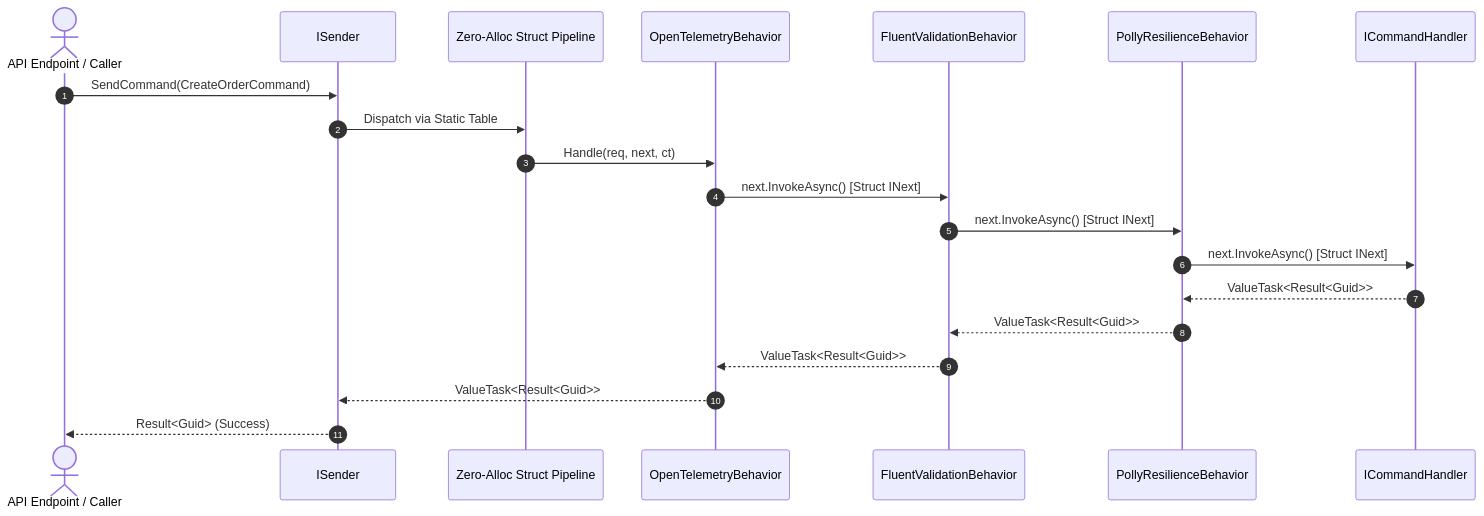
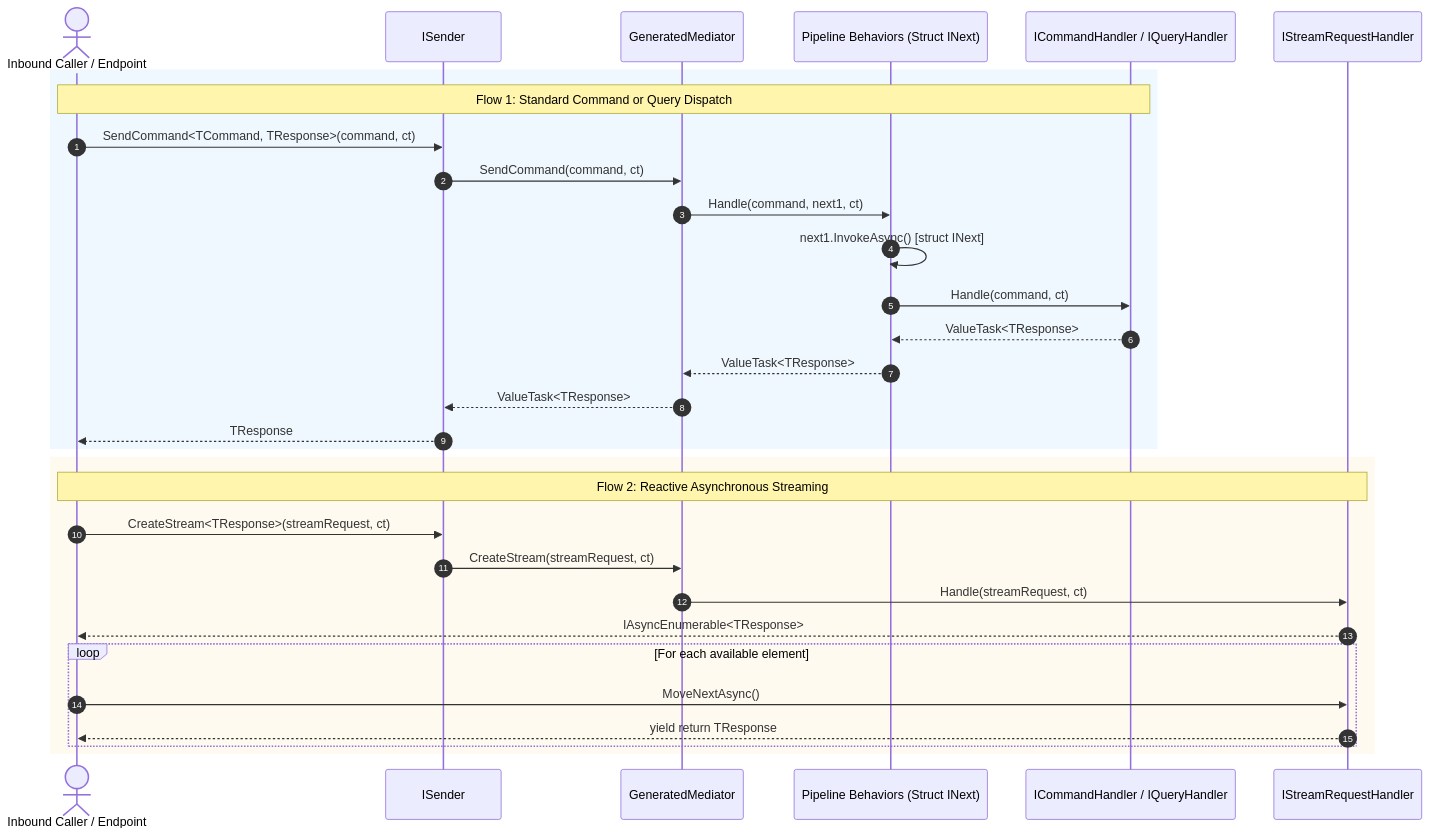
Before and after one commit to ericksonlopezf/dotnet-mediator: the third of 8 diagrams in docs/diagrams.md, drawn with Mermaid. The commit also changed other lines of this file and 216 other files, not shown here.

````diff
--- a/docs/diagrams.md
+++ b/docs/diagrams.md
@@ -5,23 +95,35 @@
 ```mermaid
 sequenceDiagram
     autonumber
-    actor Client as API Endpoint / Caller
+    actor Caller as Inbound Caller / Endpoint
     participant Sender as ISender
-    participant Pipeline as Zero-Alloc Struct Pipeline
-    participant Behavior1 as OpenTelemetryBehavior
-    participant Behavior2 as FluentValidationBehavior
-    participant Behavior3 as PollyResilienceBehavior
-    participant Handler as ICommandHandler
+    participant GenMediator as GeneratedMediator
+    participant Behaviors as Pipeline Behaviors (Struct INext)
+    participant Handler as ICommandHandler / IQueryHandler
+    participant StreamHandler as IStreamRequestHandler
 
-    Client->>Sender: SendCommand(CreateOrderCommand)
-    Sender->>Pipeline: Dispatch via Static Table
-    Pipeline->>Behavior1: Handle(req, next, ct)
-    Behavior1->>Behavior2: next.InvokeAsync() [Struct INext]
-    Behavior2->>Behavior3: next.InvokeAsync() [Struct INext]
-    Behavior3->>Handler: next.InvokeAsync() [Struct INext]
-    Handler-->>Behavior3: ValueTask<Result<Guid>>
-    Behavior3-->>Behavior2: ValueTask<Result<Guid>>
-    Behavior2-->>Behavior1: ValueTask<Result<Guid>>
-    Behavior1-->>Sender: ValueTask<Result<Guid>>
-    Sender-->>Client: Result<Guid> (Success)
+    rect rgb(240, 248, 255)
+        note over Caller, Handler: Flow 1: Standard Command or Query Dispatch
+        Caller->>Sender: SendCommand<TCommand, TResponse>(command, ct)
+        Sender->>GenMediator: SendCommand(command, ct)
+        GenMediator->>Behaviors: Handle(command, next1, ct)
+        Behaviors->>Behaviors: next1.InvokeAsync() [struct INext]
+        Behaviors->>Handler: Handle(command, ct)
+        Handler-->>Behaviors: ValueTask<TResponse>
+        Behaviors-->>GenMediator: ValueTask<TResponse>
+        GenMediator-->>Sender: ValueTask<TResponse>
+        Sender-->>Caller: TResponse
+    end
+
+    rect rgb(255, 250, 240)
+        note over Caller, StreamHandler: Flow 2: Reactive Asynchronous Streaming
+        Caller->>Sender: CreateStream<TResponse>(streamRequest, ct)
+        Sender->>GenMediator: CreateStream(streamRequest, ct)
+        GenMediator->>StreamHandler: Handle(streamRequest, ct)
+        StreamHandler-->>Caller: IAsyncEnumerable<TResponse>
+        loop For each available element
+            Caller->>StreamHandler: MoveNextAsync()
+            StreamHandler-->>Caller: yield return TResponse
+        end
+    end
 ```
````
